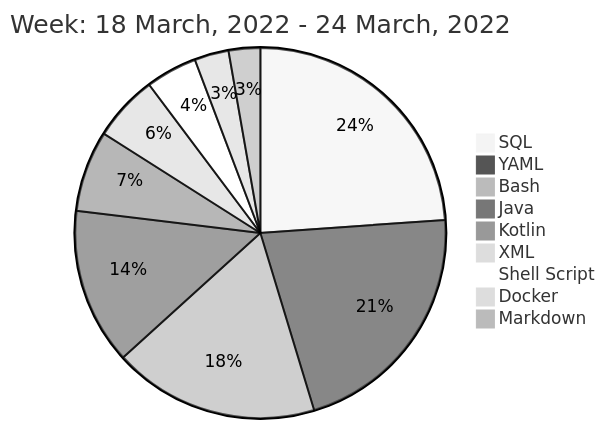
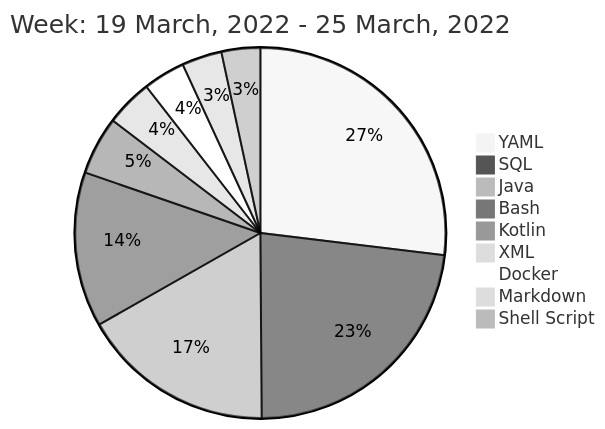
Before and after one commit to liubin95/liubin95: the diagram in README.md, drawn with Mermaid (neutral theme).

Commit message:
Updated the Graph with new Metrics

````diff
--- a/README.md
+++ b/README.md
@@ -40,13 +40,13 @@
 ```mermaid
  pie
-title Week: 18 March, 2022 - 24 March, 2022
- "SQL" : 3.03
- "YAML" : 2.72
- "Bash" : 2.28
- "Java" : 1.73
+title Week: 19 March, 2022 - 25 March, 2022
+ "YAML" : 4.78
+ "SQL" : 4.08
+ "Java" : 3.0
+ "Bash" : 2.4
  "Kotlin" : 0.9
  "XML" : 0.73
- "Shell Script" : 0.57
- "Docker" : 0.38
- "Markdown" : 0.35
+ "Docker" : 0.65
+ "Markdown" : 0.62
+ "Shell Script" : 0.6
 ```
````
